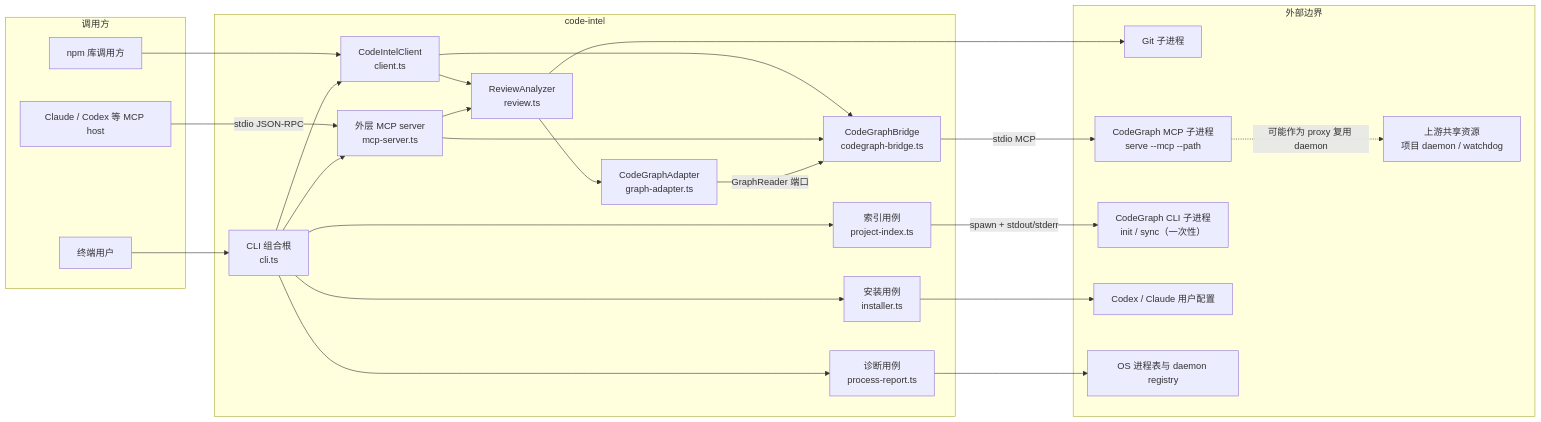
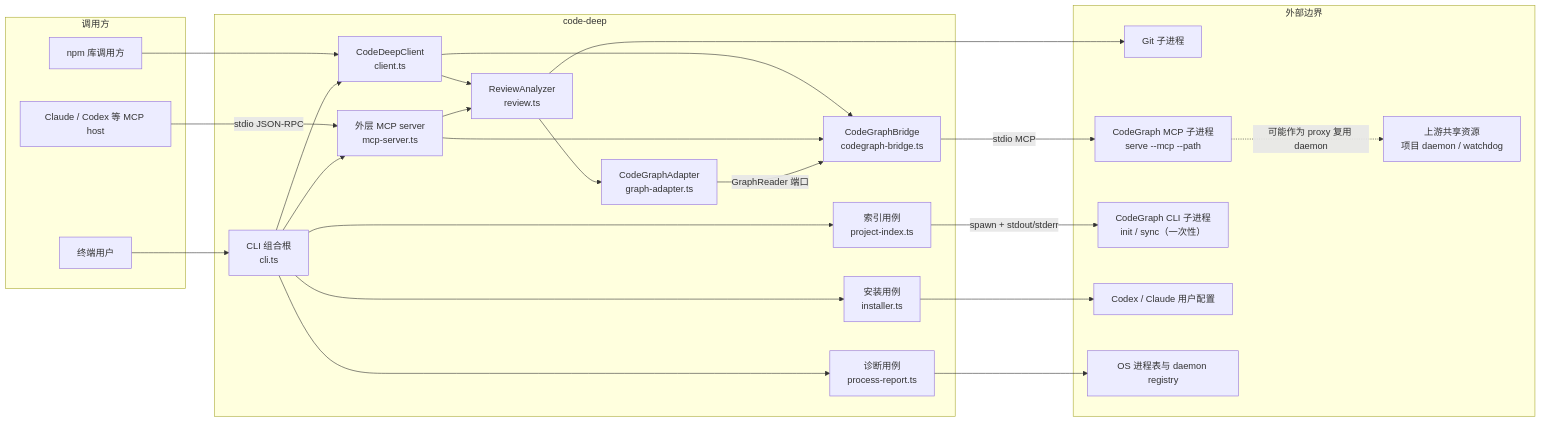
The first of 3 diagrams in architecture.md (team-harness/code-deep), drawn with Mermaid before and after one commit. The commit also changed other lines of this file and 27 other files, not shown here.

Commit message:
feat!: rename code-intel to code-deep

````diff
--- a/architecture.md
+++ b/architecture.md
@@ -9,50 +9,50 @@
 ```mermaid
 flowchart LR
   subgraph callers["调用方"]
     terminal["终端用户"]
     consumer["npm 库调用方"]
     host["Claude / Codex 等 MCP host"]
   end
 
-  subgraph wrapper["code-intel"]
+  subgraph wrapper["code-deep"]
     cli["CLI 组合根<br/>cli.ts"]
-    publicApi["CodeIntelClient<br/>client.ts"]
+    publicApi["CodeDeepClient<br/>client.ts"]
     outerMcp["外层 MCP server<br/>mcp-server.ts"]
     review["ReviewAnalyzer<br/>review.ts"]
     adapter["CodeGraphAdapter<br/>graph-adapter.ts"]
     bridge["CodeGraphBridge<br/>codegraph-bridge.ts"]
     indexer["索引用例<br/>project-index.ts"]
     installer["安装用例<br/>installer.ts"]
     diagnostics["诊断用例<br/>process-report.ts"]
   end
 
   subgraph backend["外部边界"]
     git["Git 子进程"]
     codegraphMcp["CodeGraph MCP 子进程<br/>serve --mcp --path"]
     codegraphCli["CodeGraph CLI 子进程<br/>init / sync（一次性）"]
     shared["上游共享资源<br/>项目 daemon / watchdog"]
     config["Codex / Claude 用户配置"]
     registry["OS 进程表与 daemon registry"]
   end
 
   terminal --> cli
   consumer --> publicApi
   host -- "stdio JSON-RPC" --> outerMcp
   cli --> publicApi
   cli --> outerMcp
   cli --> indexer
   cli --> installer
   cli --> diagnostics
   publicApi --> review
   publicApi --> bridge
   outerMcp --> review
   outerMcp --> bridge
   review --> adapter
   adapter -- "GraphReader 端口" --> bridge
   review --> git
   bridge -- "stdio MCP" --> codegraphMcp
   codegraphMcp -. "可能作为 proxy 复用 daemon" .-> shared
   indexer -- "spawn + stdout/stderr" --> codegraphCli
   installer --> config
   diagnostics --> registry
 ```
````
